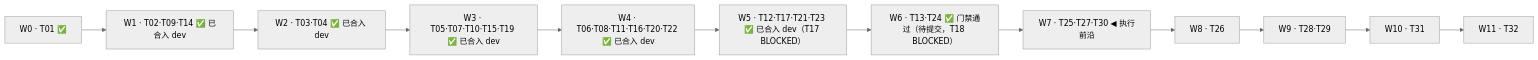
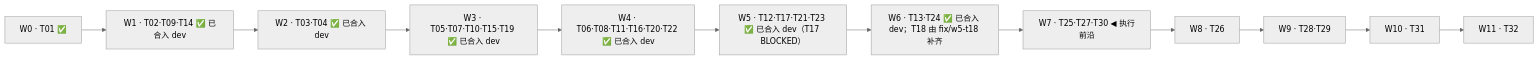
Before and after one commit to zxd15978684198/-enterprise_knowledge_work_platform-: the diagram in docs/plans/2026-10-27-phase0-execution-plan.md, drawn with Mermaid (neutral theme). The commit also changed other lines of this file and 4 other files, not shown here.

````diff
--- a/docs/plans/2026-10-27-phase0-execution-plan.md
+++ b/docs/plans/2026-10-27-phase0-execution-plan.md
@@ -130,14 +130,14 @@
 ```mermaid
 flowchart LR
     W0["W0 · T01 ✅"] --> W1["W1 · T02·T09·T14 ✅ 已合入 dev"]
     W1 --> W2["W2 · T03·T04 ✅ 已合入 dev"]
     W2 --> W3["W3 · T05·T07·T10·T15·T19 ✅ 已合入 dev"]
     W3 --> W4["W4 · T06·T08·T11·T16·T20·T22 ✅ 已合入 dev"]
     W4 --> W5["W5 · T12·T17·T21·T23 ✅ 已合入 dev（T17 BLOCKED）"]
-    W5 --> W6["W6 · T13·T24 ✅ 门禁通过（待提交，T18 BLOCKED）"]
+    W5 --> W6["W6 · T13·T24 ✅ 已合入 dev；T18 由 fix/w5-t18 补齐"]
     W6 --> W7["W7 · T25·T27·T30 ◀ 执行前沿"]
     W7 --> W8["W8 · T26"]
     W8 --> W9["W9 · T28·T29"]
     W9 --> W10["W10 · T31"]
     W10 --> W11["W11 · T32"]
 ```
````
